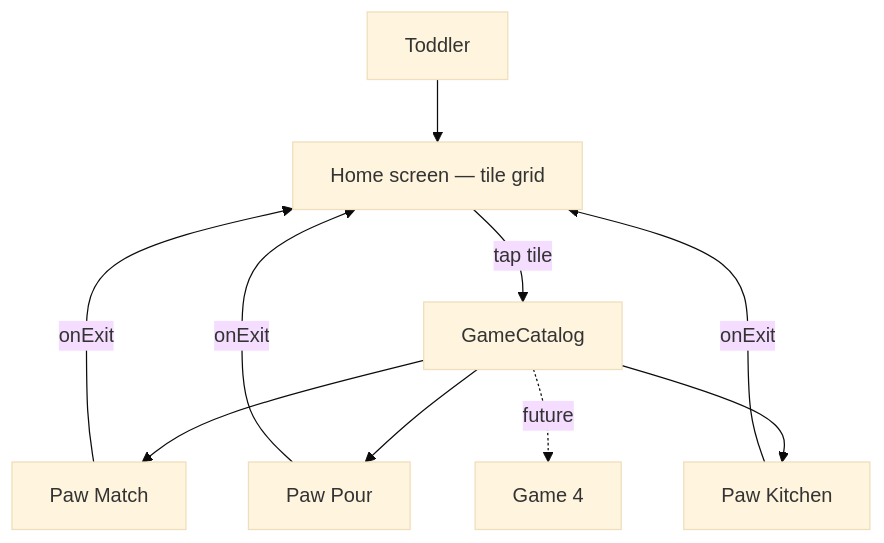
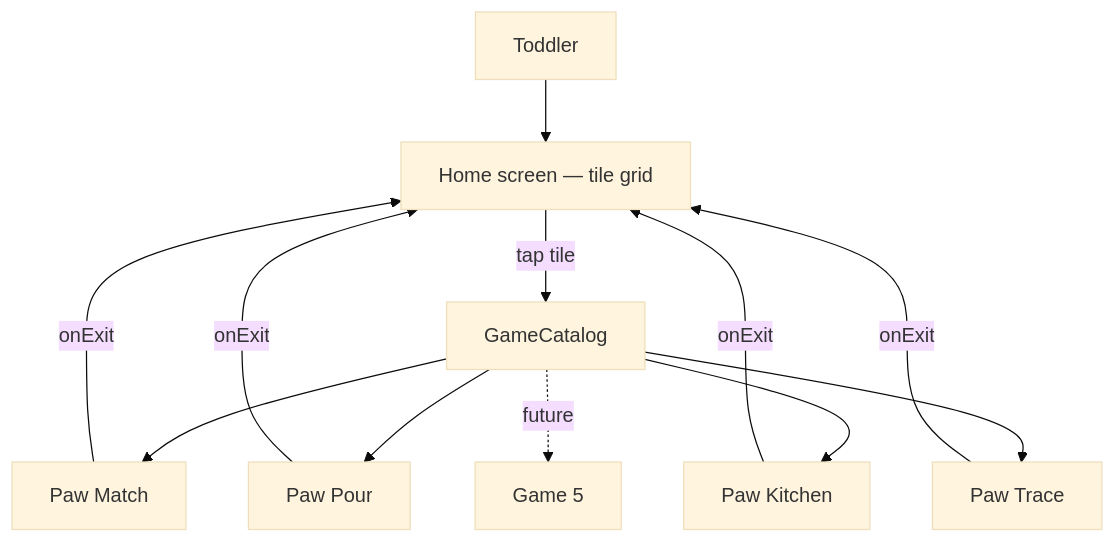
One commit to ribenajuice/paw-play changed the diagram in docs/ARCHITECTURE.md. Above: the diagram before and after it, drawn with Mermaid (base theme). The commit also changed other lines of this file and 6 other files, not shown here.

First line of the commit message:
Docs: Paw Trace architecture, ADR, design notes, README, CHANGELOG and STATUS

````diff
--- a/docs/ARCHITECTURE.md
+++ b/docs/ARCHITECTURE.md
@@ -29,12 +29,14 @@
 ```mermaid
 flowchart TB
     P[Toddler] --> HOME[Home screen — tile grid]
     HOME -->|tap tile| CATALOG[GameCatalog]
     CATALOG --> G1[Paw Match]
     CATALOG --> G2[Paw Pour]
     CATALOG --> G3[Paw Kitchen]
-    CATALOG -.->|future| G4[Game 4]
+    CATALOG --> G4[Paw Trace]
+    CATALOG -.->|future| G5[Game 5]
     G1 -->|onExit| HOME
     G2 -->|onExit| HOME
     G3 -->|onExit| HOME
+    G4 -->|onExit| HOME
 ```
````
